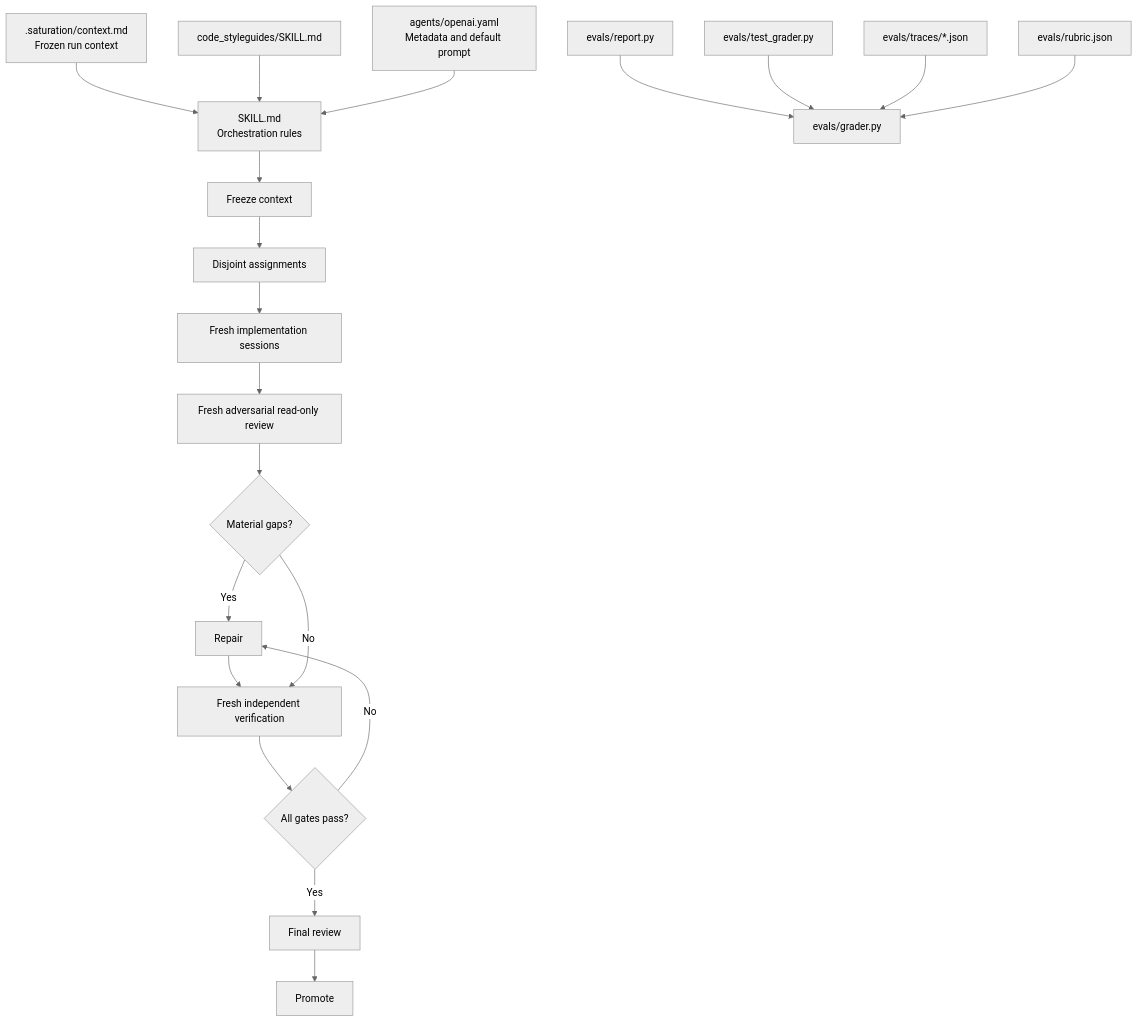
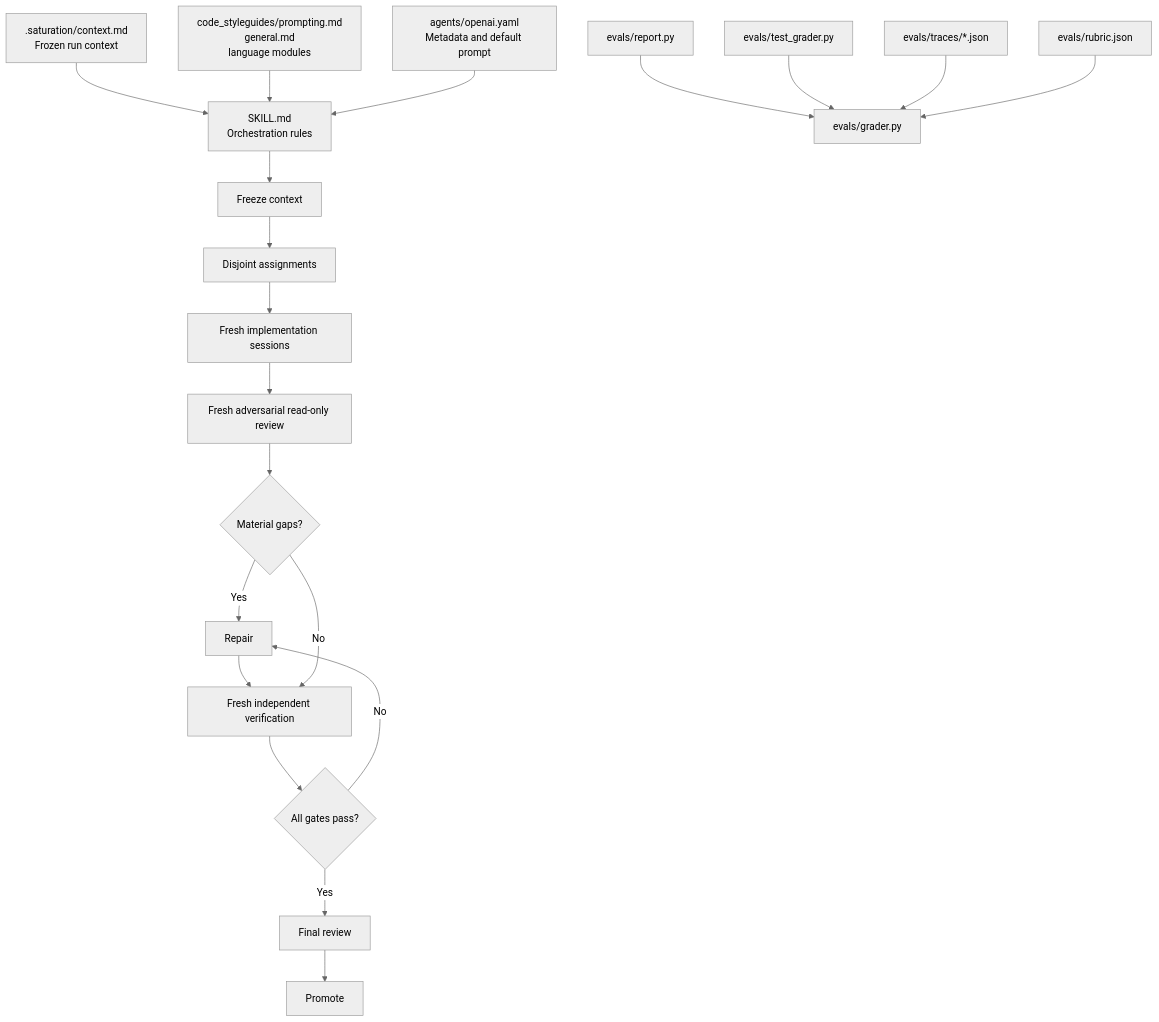
Before and after one commit to luansilvadb/saturation: the diagram in README.md, drawn with Mermaid (neutral theme). The commit also changed other lines of this file and 31 other files, not shown here.

````diff
--- a/README.md
+++ b/README.md
@@ -28,24 +35,24 @@
 ```mermaid
 flowchart TD
     C[".saturation/context.md<br/>Frozen run context"] --> S["SKILL.md<br/>Orchestration rules"]
-    G["code_styleguides/SKILL.md"] --> S
+    G["code_styleguides/prompting.md<br/>general.md<br/>language modules"] --> S
     M["agents/openai.yaml<br/>Metadata and default prompt"] --> S
 
     S --> F["Freeze context"]
     F --> A["Disjoint assignments"]
     A --> I["Fresh implementation sessions"]
     I --> R["Fresh adversarial read-only review"]
     R --> P{"Material gaps?"}
     P -- "Yes" --> X["Repair"]
     X --> V["Fresh independent verification"]
     P -- "No" --> V
     V --> Q{"All gates pass?"}
     Q -- "No" --> X
     Q -- "Yes" --> PR["Final review"]
     PR --> PM["Promote"]
 
     E["evals/report.py"] --> GR["evals/grader.py"]
     T["evals/test_grader.py"] --> GR
     TR["evals/traces/*.json"] --> GR
     RB["evals/rubric.json"] --> GR
 ```
````
